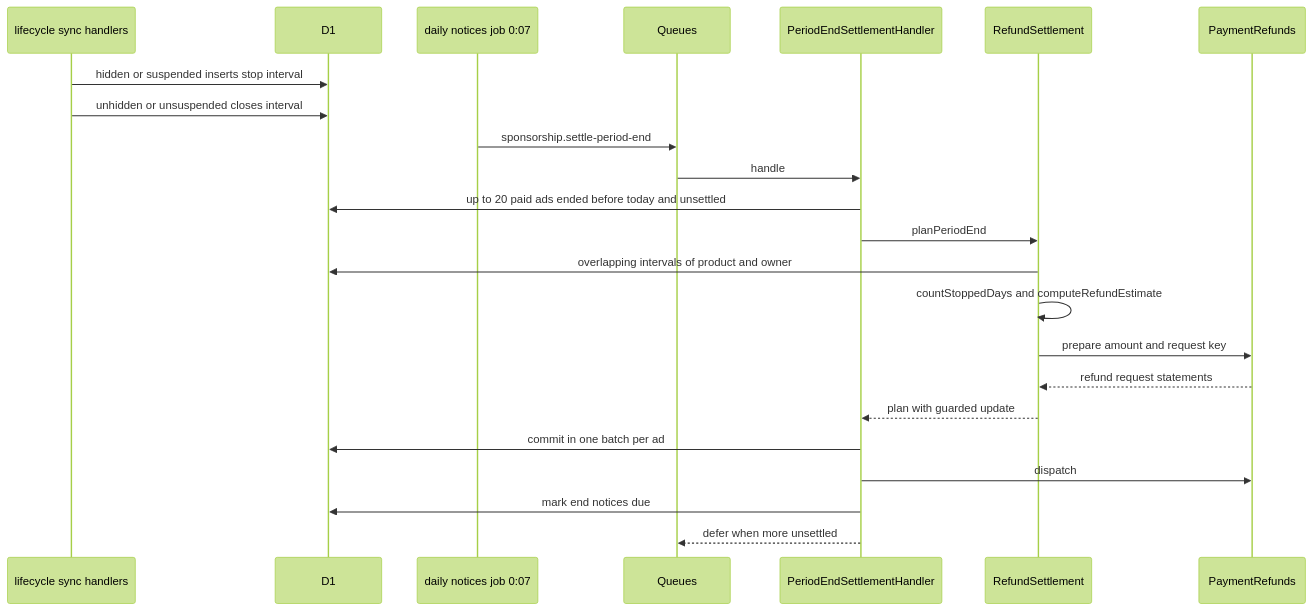
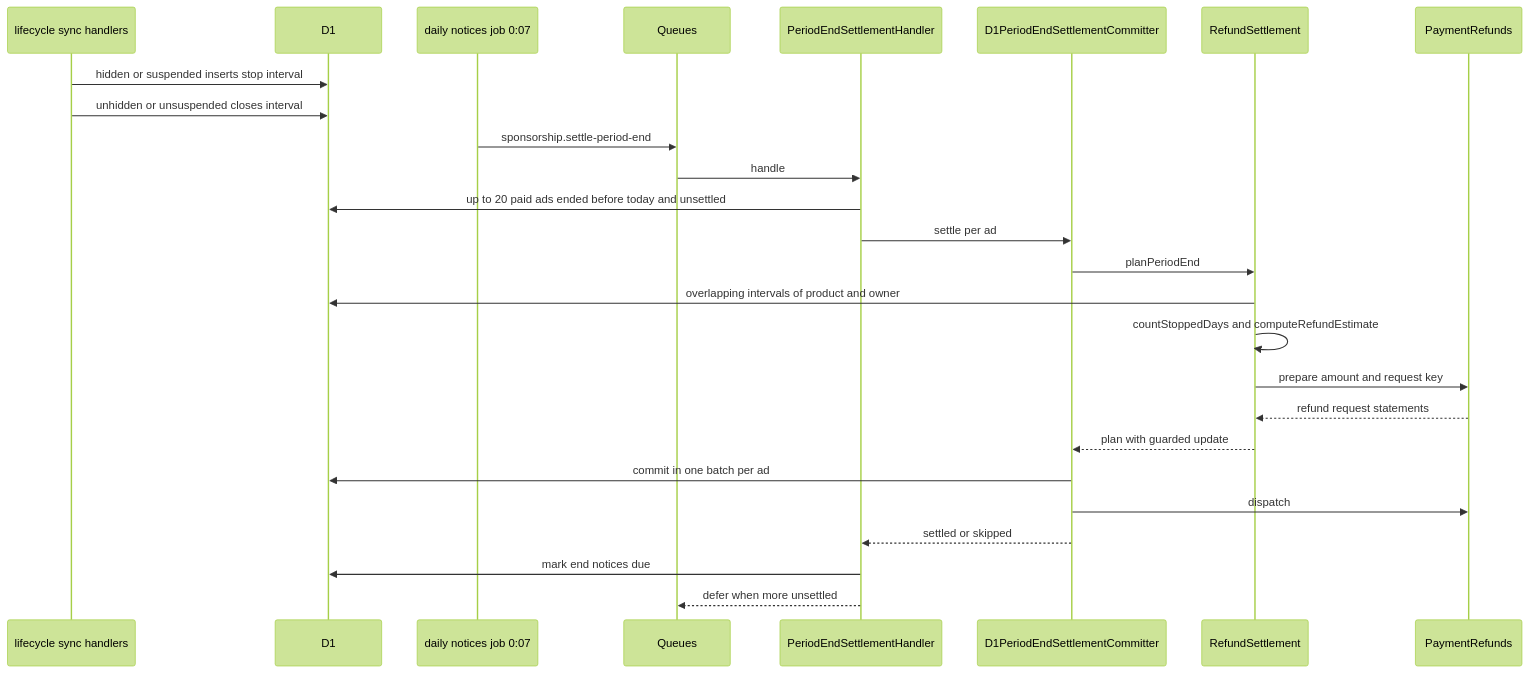
One commit to kurachiweb/genai-example-2-launch-platform changed the sixth of 8 diagrams in .kiro/specs/sponsorship/design.md. Above: the diagram before and after it, drawn with Mermaid (forest theme). The commit also changed other lines of this file and 3 other files, not shown here.

````diff
--- a/.kiro/specs/sponsorship/design.md
+++ b/.kiro/specs/sponsorship/design.md
@@ -476,25 +487,28 @@
 ```mermaid
 sequenceDiagram
     participant L as lifecycle sync handlers
     participant D as D1
     participant J as daily notices job 0:07
     participant Q as Queues
     participant H as PeriodEndSettlementHandler
+    participant C as D1PeriodEndSettlementCommitter
     participant S as RefundSettlement
     participant P as PaymentRefunds
     L->>D: hidden or suspended inserts stop interval
     L->>D: unhidden or unsuspended closes interval
     J->>Q: sponsorship.settle-period-end
     Q->>H: handle
     H->>D: up to 20 paid ads ended before today and unsettled
-    H->>S: planPeriodEnd
+    H->>C: settle per ad
+    C->>S: planPeriodEnd
     S->>D: overlapping intervals of product and owner
     S->>S: countStoppedDays and computeRefundEstimate
     S->>P: prepare amount and request key
     P-->>S: refund request statements
-    S-->>H: plan with guarded update
-    H->>D: commit in one batch per ad
-    H->>P: dispatch
+    S-->>C: plan with guarded update
+    C->>D: commit in one batch per ad
+    C->>P: dispatch
+    C-->>H: settled or skipped
     H->>D: mark end notices due
     H-->>Q: defer when more unsettled
 ```
````
